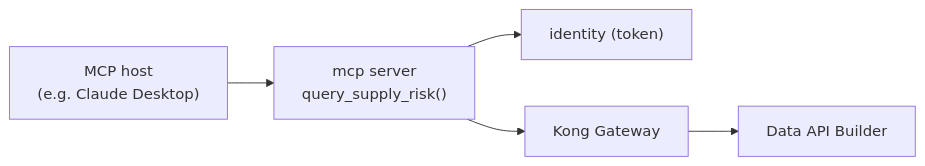
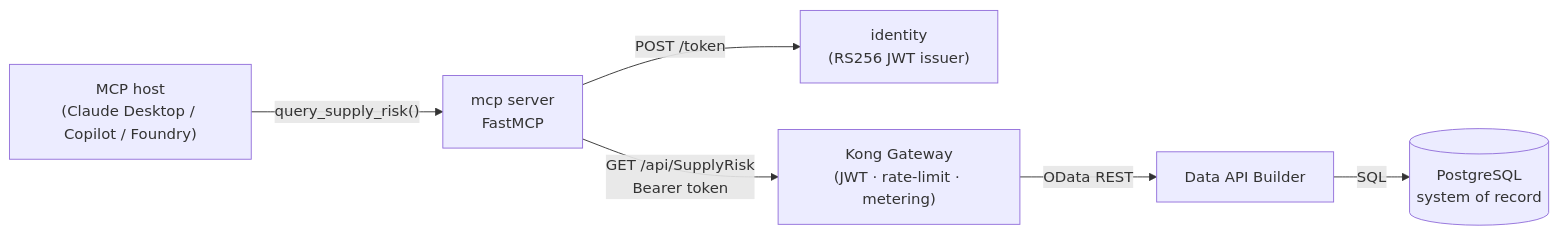
One commit to fgarofalo56/nasa-api-first-poc changed the diagram in services/mcp/README.md. Above: the diagram before and after it, drawn with Mermaid. The commit also changed other lines of this file and 27 other files, not shown here.

````diff
--- a/services/mcp/README.md
+++ b/services/mcp/README.md
@@ -7,7 +50,8 @@
 ```mermaid
 flowchart LR
-    host["MCP host<br/>(e.g. Claude Desktop)"] --> mcp["mcp server<br/>query_supply_risk()"]
-    mcp --> id["identity (token)"]
-    mcp --> kong["Kong Gateway"]
-    kong --> dab["Data API Builder"]
+    host["MCP host<br/>(Claude Desktop / Copilot / Foundry)"] -->|"query_supply_risk()"| mcp["mcp server<br/>FastMCP"]
+    mcp -->|"POST /token"| id["identity<br/>(RS256 JWT issuer)"]
+    mcp -->|"GET /api/SupplyRisk<br/>Bearer token"| kong["Kong Gateway<br/>(JWT · rate-limit · metering)"]
+    kong -->|"OData REST"| dab["Data API Builder"]
+    dab -->|"SQL"| pg[("PostgreSQL<br/>system of record")]
 ```
````
